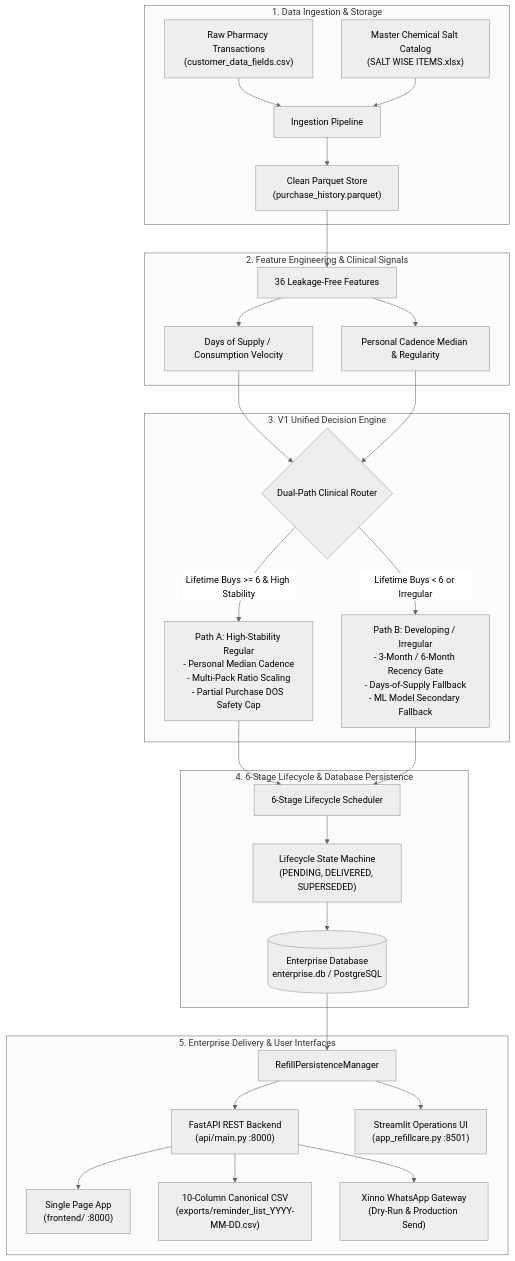
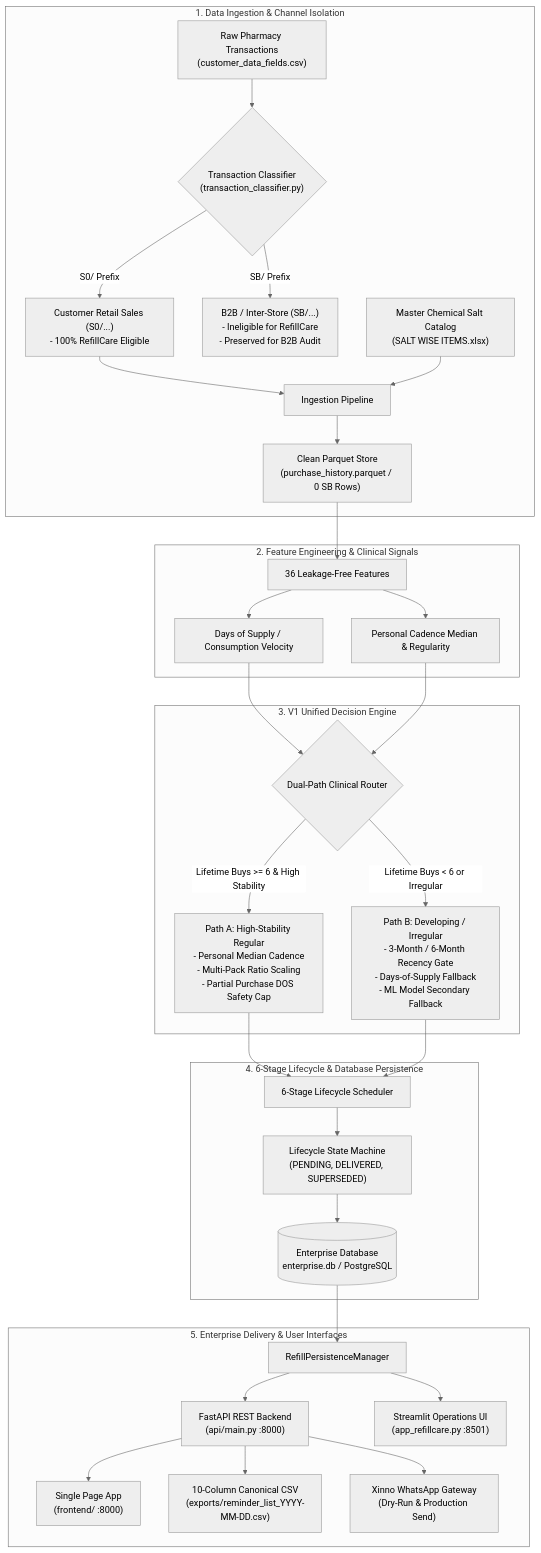
The first of 2 diagrams in REFILLCARE_SYSTEM_END_TO_END_IMPLEMENTATION.md (sunil872/ai-mediastra-whatsapp-reminder), drawn with Mermaid (neutral theme) before and after one commit. The commit also changed other lines of this file and 44 other files, not shown here.

Commit message:
feat: implement RefillCare enterprise platform with API, frontend, ML models, and data pipelines V1.5

````diff
--- a/REFILLCARE_SYSTEM_END_TO_END_IMPLEMENTATION.md
+++ b/REFILLCARE_SYSTEM_END_TO_END_IMPLEMENTATION.md
@@ -37,40 +37,47 @@
 ```mermaid
 flowchart TD
-    subgraph Data_Layer ["1. Data Ingestion & Storage"]
+    subgraph Data_Layer ["1. Data Ingestion & Channel Isolation"]
         Raw["Raw Pharmacy Transactions<br/>(customer_data_fields.csv)"]
         Salt["Master Chemical Salt Catalog<br/>(SALT WISE ITEMS.xlsx)"]
-        Parquet["Clean Parquet Store<br/>(purchase_history.parquet)"]
-        Raw --> Ingest[Ingestion Pipeline]
+        Classifier{"Transaction Classifier<br/>(transaction_classifier.py)"}
+        B2B["B2B / Inter-Store (SB/...)<br/>- Ineligible for RefillCare<br/>- Preserved for B2B Audit"]
+        Clean["Customer Retail Sales (S0/...)<br/>- 100% RefillCare Eligible"]
+        Parquet["Clean Parquet Store<br/>(purchase_history.parquet / 0 SB Rows)"]
+        
+        Raw --> Classifier
+        Classifier -->|SB/ Prefix| B2B
+        Classifier -->|S0/ Prefix| Clean
+        Clean --> Ingest[Ingestion Pipeline]
         Salt --> Ingest
         Ingest --> Parquet
     end
 
     subgraph Feature_Layer ["2. Feature Engineering & Clinical Signals"]
         Parquet --> FeatEng[36 Leakage-Free Features]
         FeatEng --> DOS[Days of Supply / Consumption Velocity]
         FeatEng --> Cadence[Personal Cadence Median & Regularity]
     end
 
     subgraph Engine_Layer ["3. V1 Unified Decision Engine"]
         DOS --> Router{Dual-Path Clinical Router}
         Cadence --> Router
         Router -->|Lifetime Buys >= 6 & High Stability| PathA["Path A: High-Stability Regular<br/>- Personal Median Cadence<br/>- Multi-Pack Ratio Scaling<br/>- Partial Purchase DOS Safety Cap"]
         Router -->|Lifetime Buys < 6 or Irregular| PathB["Path B: Developing / Irregular<br/>- 3-Month / 6-Month Recency Gate<br/>- Days-of-Supply Fallback<br/>- ML Model Secondary Fallback"]
     end
 
     subgraph Lifecycle_Layer ["4. 6-Stage Lifecycle & Database Persistence"]
         PathA --> Sched[6-Stage Lifecycle Scheduler]
         PathB --> Sched
         Sched --> Lifecycle["Lifecycle State Machine<br/>(PENDING, DELIVERED, SUPERSEDED)"]
         Lifecycle --> DB[(Enterprise Database<br/>enterprise.db / PostgreSQL)]
     end
 
     subgraph API_and_UI_Layer ["5. Enterprise Delivery & User Interfaces"]
         DB --> PM[RefillPersistenceManager]
         PM --> API["FastAPI REST Backend<br/>(api/main.py :8000)"]
         PM --> Streamlit["Streamlit Operations UI<br/>(app_refillcare.py :8501)"]
         API --> SPA["Single Page App<br/>(frontend/ :8000)"]
         API --> ExportCSV["10-Column Canonical CSV<br/>(exports/reminder_list_YYYY-MM-DD.csv)"]
         API --> Dispatch["Xinno WhatsApp Gateway<br/>(Dry-Run & Production Send)"]
     end
 ```
````
